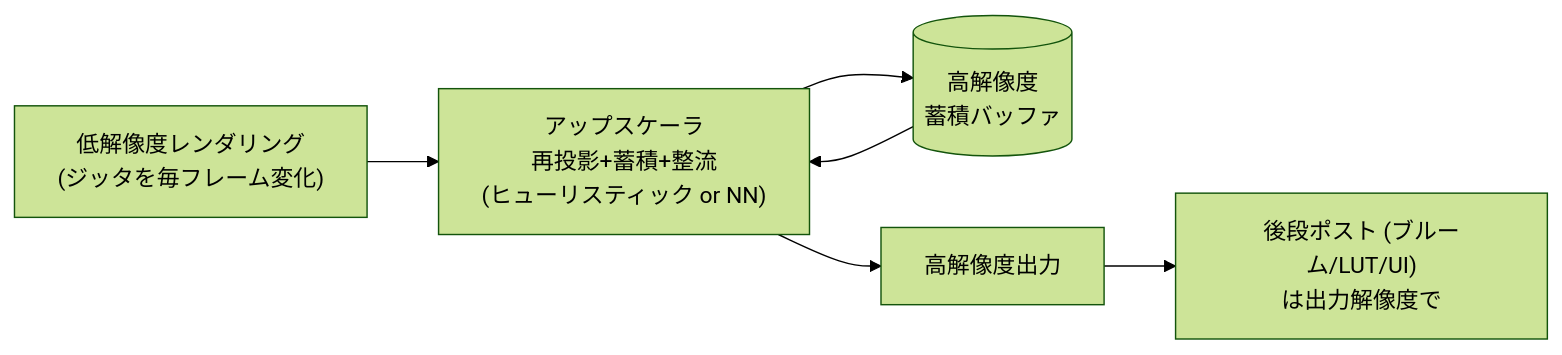
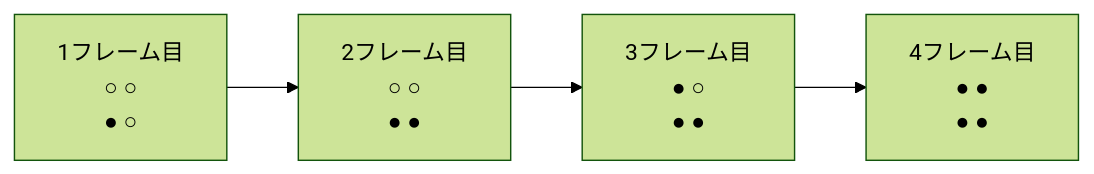
The second of 3 diagrams in study/docs/graphics/postprocess/upscaling.md (sny0/sny0.github.io), drawn with Mermaid (forest theme) before and after one commit. The commit also changed other lines of this file and 14 other files, not shown here.

````diff
--- a/study/docs/graphics/postprocess/upscaling.md
+++ b/study/docs/graphics/postprocess/upscaling.md
@@ -68,8 +41,5 @@
 ```mermaid
 flowchart LR
-    A["低解像度レンダリング<br/>(ジッタを毎フレーム変化)"] --> B["アップスケーラ<br/>再投影+蓄積+整流<br/>(ヒューリスティック or NN)"]
-    H[("高解像度<br/>蓄積バッファ")] --> B
-    B --> H
-    B --> C["高解像度出力"]
-    C --> D["後段ポスト (ブルーム/LUT/UI)<br/>は出力解像度で"]
+    A["1フレーム目<br/>○ ○<br/>● ○"] --> B["2フレーム目<br/>○ ○<br/>● ●"]
+    B --> C["3フレーム目<br/>● ○<br/>● ●"] --> D["4フレーム目<br/>● ●<br/>● ●"]
 ```
````
